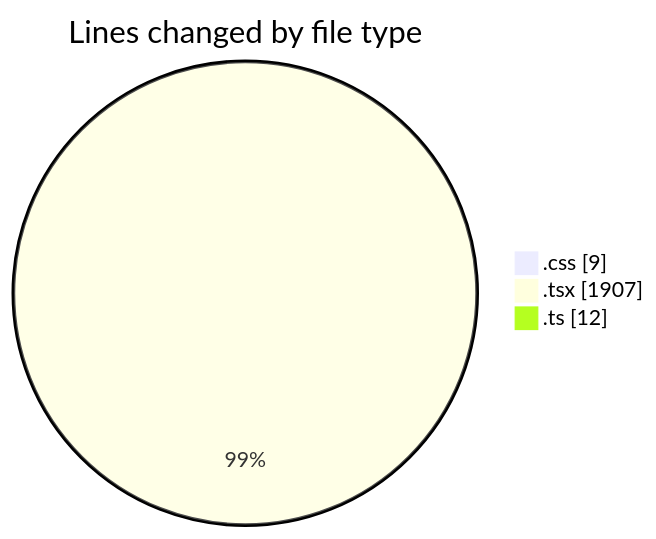
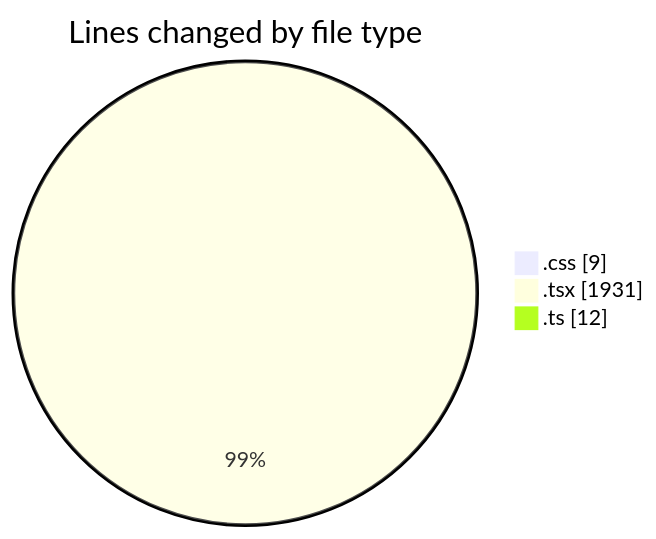
The first of 2 diagrams in 2025-02-28/audiobooks-web/README.md (robertbonfada/code-tracking), drawn with Mermaid before and after one commit. The commit also changed other lines of this file and 1 other file, not shown here.

````diff
--- a/2025-02-28/audiobooks-web/README.md
+++ b/2025-02-28/audiobooks-web/README.md
@@ -32,7 +32,7 @@
 ```mermaid
 pie showData
 title Lines changed by file type
 ".css" : 9
-".tsx" : 1907
+".tsx" : 1931
 ".ts" : 12
 ```
````
